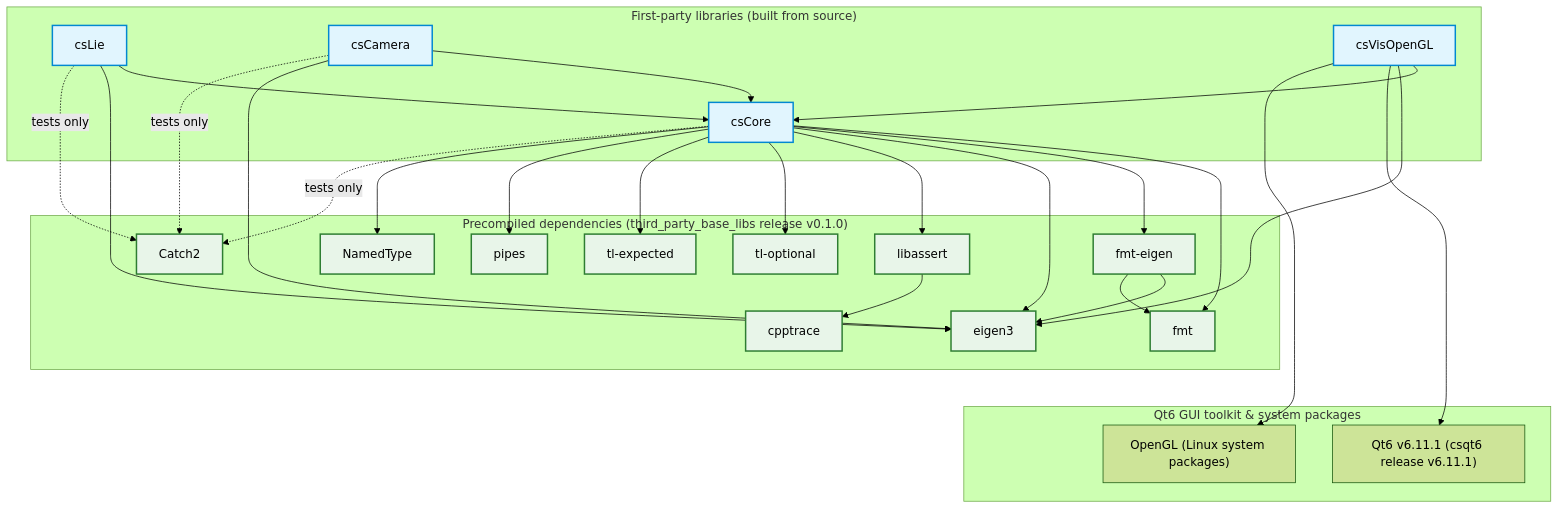
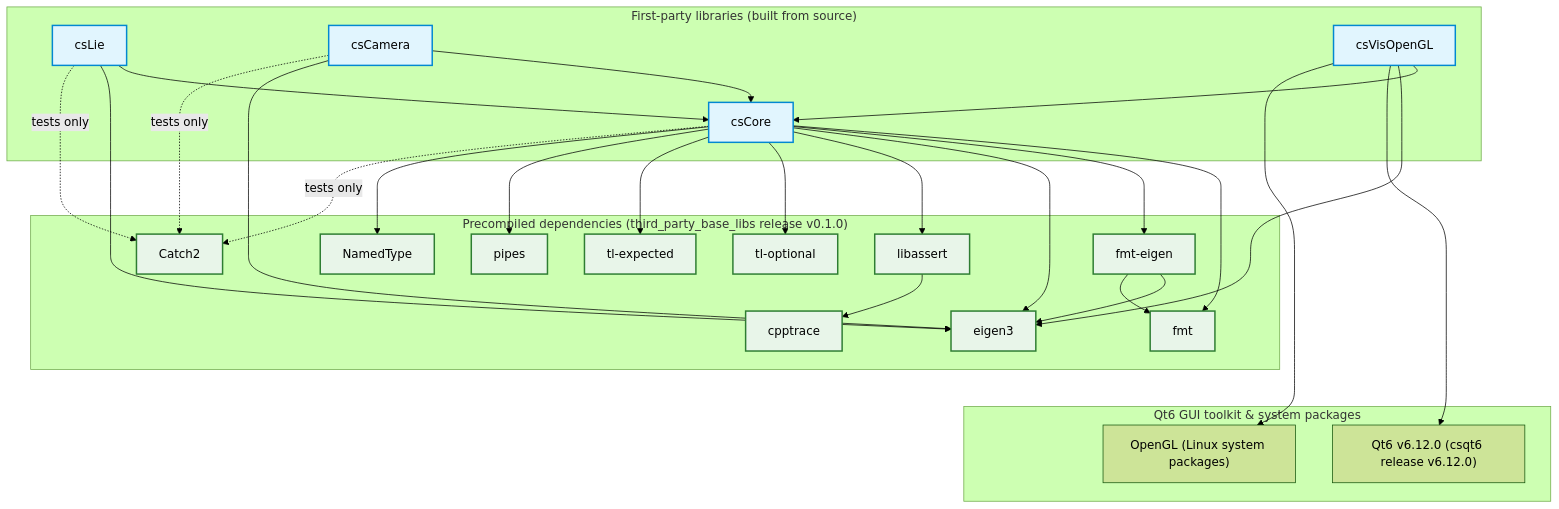
Before and after one commit to cscosine/csfoundation: the diagram in README.md, drawn with Mermaid (forest theme). The commit also changed other lines of this file, not shown here.

````diff
--- a/README.md
+++ b/README.md
@@ -132,71 +131,71 @@
 ```mermaid
 %%{init: {"flowchart": {"curve": "basis"}} }%%
 graph TD
     %% Edge convention: A --> B  ⇒  "A depends on B"
     %% Solid arrow   = compile / link-time dependency
     %% Dotted arrow  = test-only dependency
 
     classDef consumer fill:#e1f5fe,stroke:#0288d1,stroke-width:2px;
     classDef leaf    fill:#e8f5e9,stroke:#2e7d32,stroke-width:2px;
 
     subgraph first_party["First-party libraries (built from source)"]
         csCore["csCore"]
         csLie["csLie"]
         csCamera["csCamera"]
         csVisOpenGL["csVisOpenGL"]
     end
 
     subgraph precompiled["Precompiled dependencies (third_party_base_libs release v0.1.0)"]
         eigen3["eigen3"]
         fmt["fmt"]
         fmt_eigen["fmt-eigen"]
         libassert["libassert"]
         cpptrace["cpptrace"]
         pipes["pipes"]
         tl_optional["tl-optional"]
         tl_expected["tl-expected"]
         namedtype["NamedType"]
         catch2["Catch2"]
     end
 
     subgraph gui_system["Qt6 GUI toolkit & system packages"]
-        qt6["Qt6 v6.11.1 (csqt6 release v6.11.1)"]
+        qt6["Qt6 v6.12.0 (csqt6 release v6.12.0)"]
         opengl["OpenGL (Linux system packages)"]
     end
 
     csLie --> csCore
     csCamera --> csCore
     csVisOpenGL --> csCore
 
     csLie --> eigen3
     csCamera --> eigen3
     csVisOpenGL --> eigen3
 
     csVisOpenGL --> qt6
     csVisOpenGL --> opengl
 
     csCore --> fmt
     csCore --> fmt_eigen
     csCore --> eigen3
     csCore --> libassert
     csCore --> tl_optional
     csCore --> tl_expected
     csCore --> pipes
     csCore --> namedtype
 
     csCore   -. "tests only" .-> catch2
     csLie    -. "tests only" .-> catch2
     csCamera -. "tests only" .-> catch2
 
     %% dependencies internal to the precompiled third_party_base_libs package
     %% (kept for completeness; see the third_party_base_libs README for details)
     fmt_eigen --> eigen3
     fmt_eigen --> fmt
     libassert --> cpptrace
 
     %% invisible links force each group onto its own row (strict vertical layout)
     first_party ~~~ precompiled ~~~ gui_system
 
     class csCore,csLie,csCamera,csVisOpenGL consumer;
     class eigen3,fmt,fmt_eigen,libassert,cpptrace,catch2,namedtype,pipes,tl_optional,tl_expected leaf;
 ```
````
